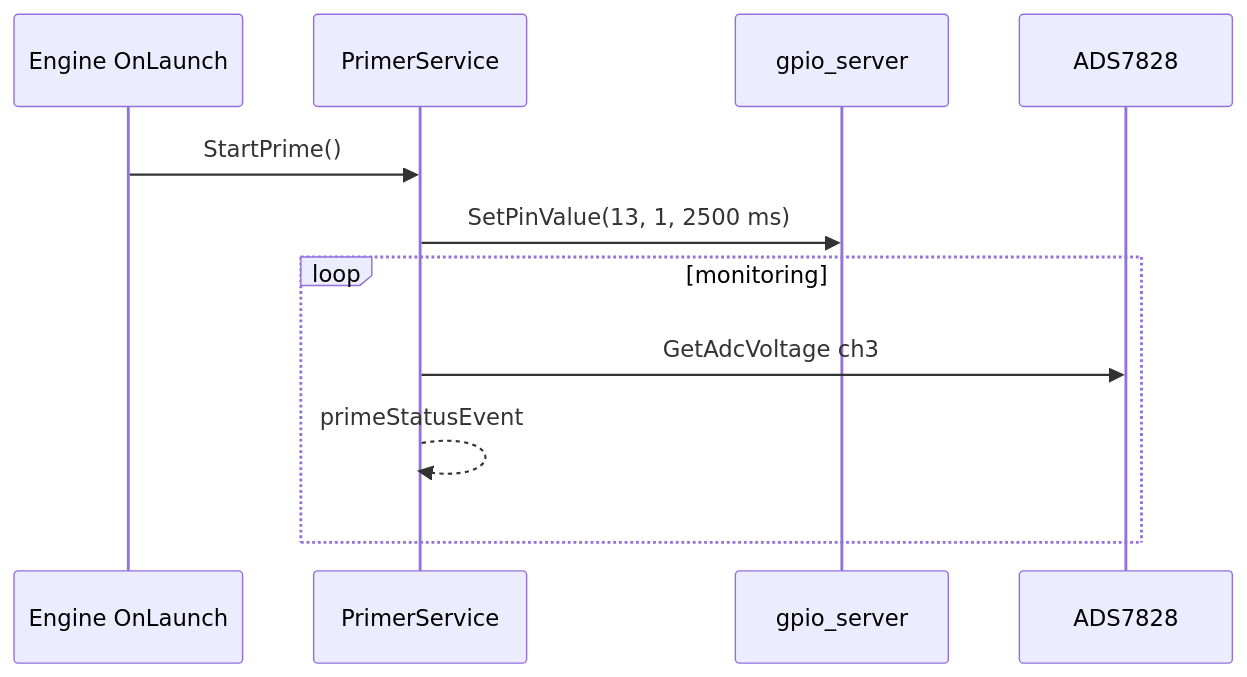
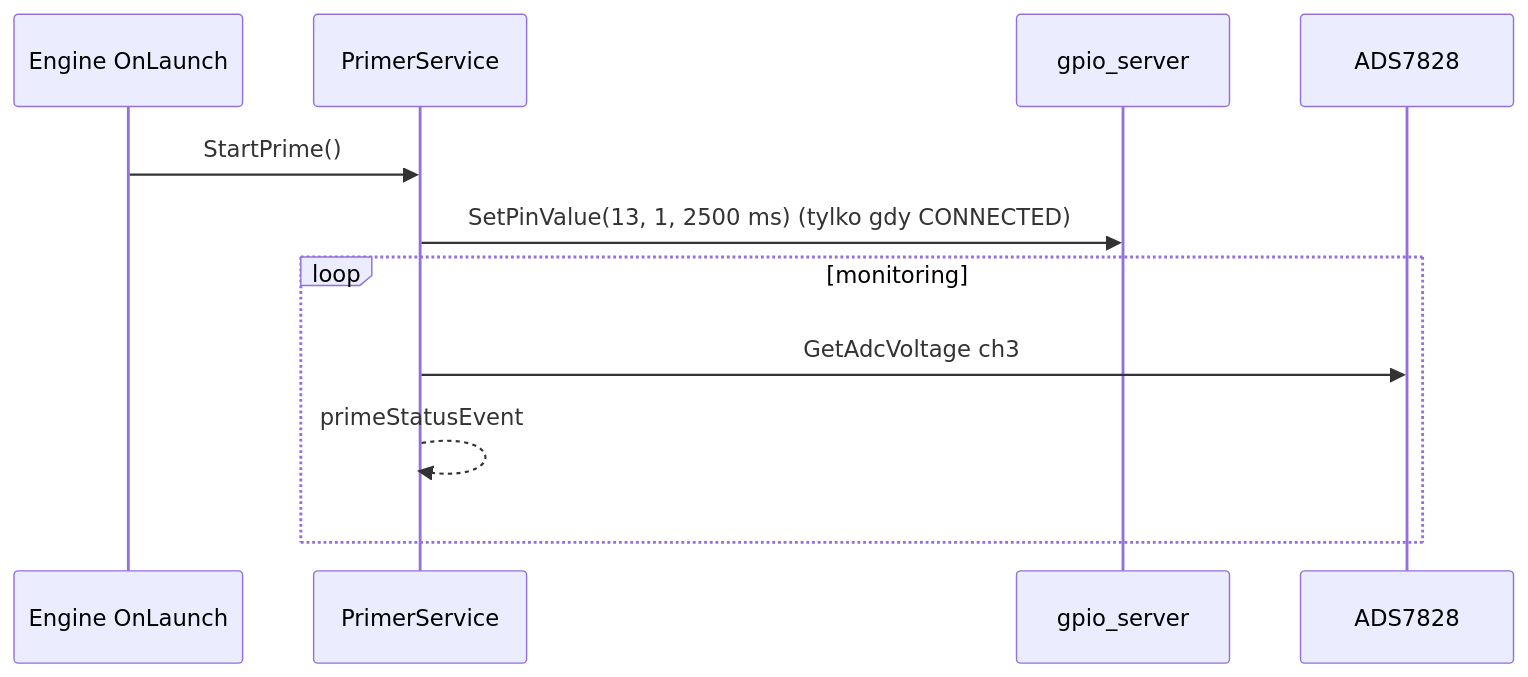
The diagram in apps/ec/primer_service/README.md (Simba-Avionic/srp), drawn with Mermaid before and after one commit. The commit also changed other lines of this file, not shown here.

````diff
--- a/apps/ec/primer_service/README.md
+++ b/apps/ec/primer_service/README.md
@@ -19,13 +20,13 @@
 ```mermaid
 sequenceDiagram
   participant E as Engine OnLaunch
   participant P as PrimerService
   participant G as gpio_server
   participant A as ADS7828
   E->>P: StartPrime()
-  P->>G: SetPinValue(13, 1, 2500 ms)
+  P->>G: SetPinValue(13, 1, 2500 ms) (tylko gdy CONNECTED)
   loop monitoring
     P->>A: GetAdcVoltage ch3
     P-->>P: primeStatusEvent
   end
 ```
````
